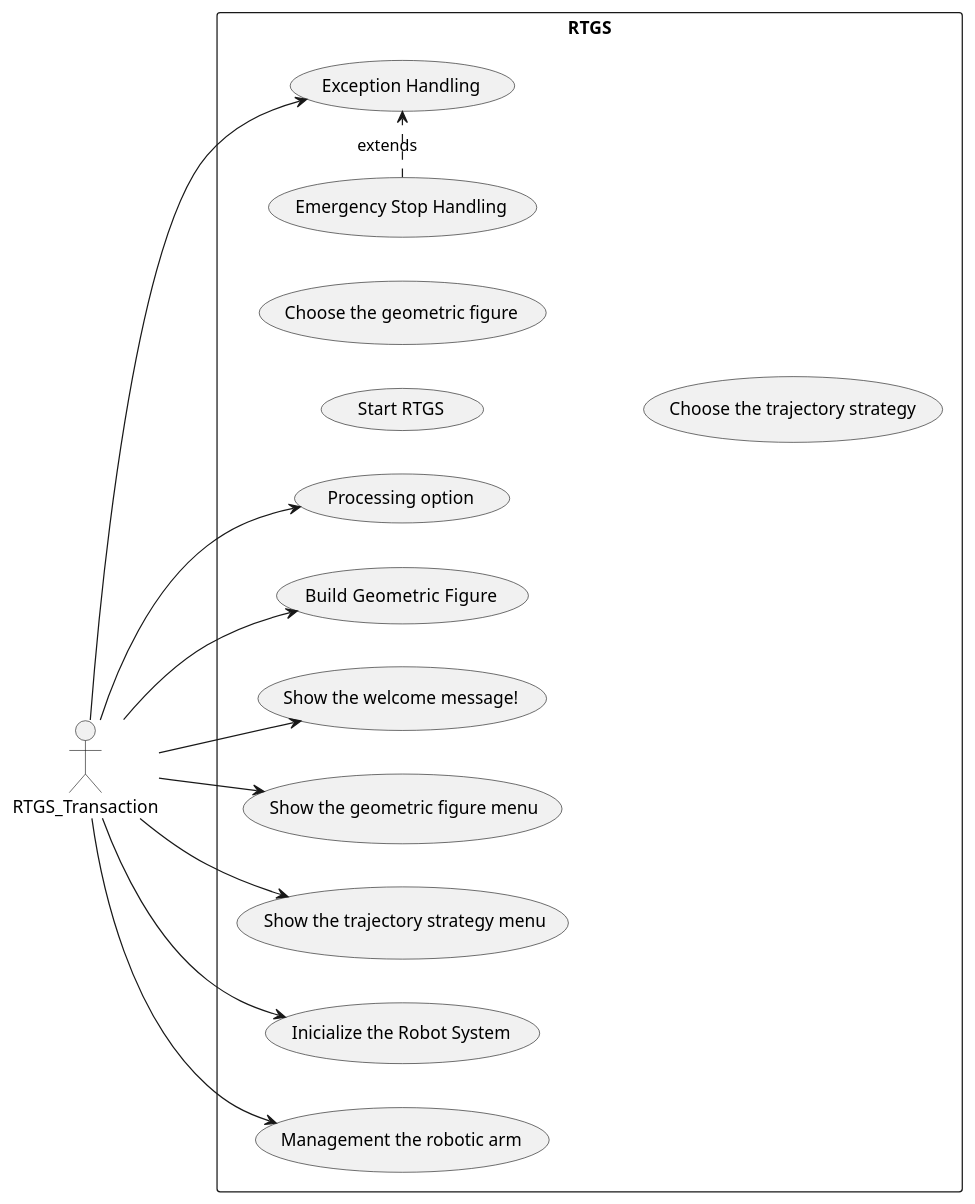
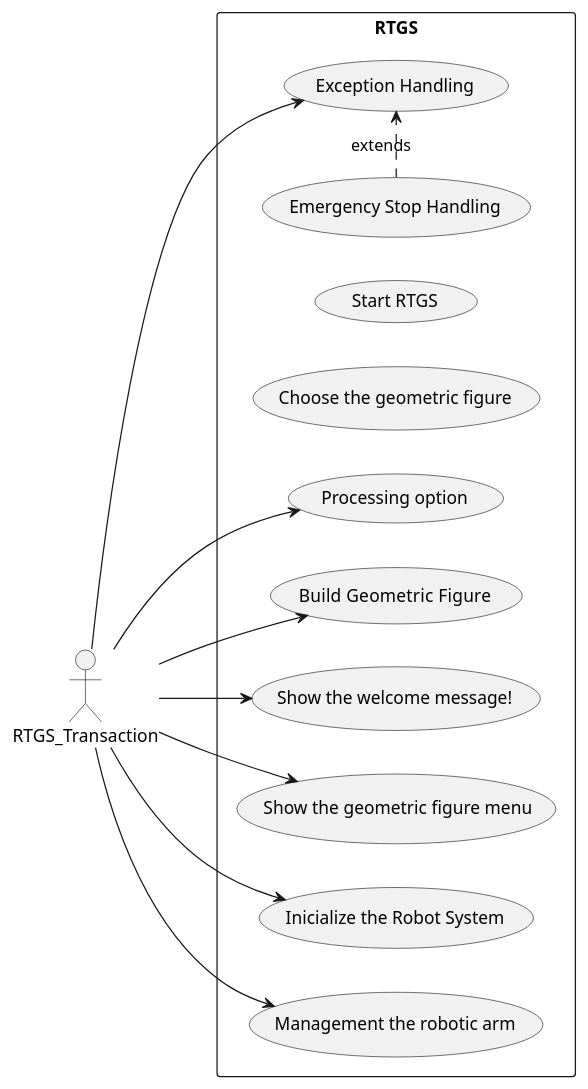
Before and after one commit to MarcioFreitasUFSC21/RTGS-Master-Course-System: the diagram in usecaseSystem.plantuml, drawn with PlantUML. The commit also changed 3 other files, not shown here.

Commit message:
deleting the use cases show the trajectory strategy and choose trajectory strategy in Use  Case Diagrams

```diff
--- a/usecaseSystem.plantuml
+++ b/usecaseSystem.plantuml
@@ -1,27 +1,24 @@
 @startuml
 left to right direction
 actor "RTGS_Transaction" as RTGS_Transaction
 rectangle RTGS {
 usecase " Start RTGS" as UC1
 usecase " Choose the geometric figure" as UC2
-usecase " Choose the trajectory strategy" as UC3
 usecase " Emergency Stop Handling" as UC4
 usecase " Exception Handling" as UC5
 usecase " Processing option" as UC6
 usecase " Build  Geometric Figure" as UC7
 usecase " Show the welcome message!" as UC8
 usecase " Show the geometric figure menu" as UC9
-usecase " Show the trajectory strategy menu" as UC10
 usecase " Inicialize the Robot System" as UC11
 usecase " Management the robotic arm" as UC12
 }
 RTGS_Transaction --> UC5
 RTGS_Transaction --> UC6
 RTGS_Transaction --> UC7
 RTGS_Transaction --> UC8
 RTGS_Transaction --> UC9
-RTGS_Transaction --> UC10
 RTGS_Transaction --> UC11
 RTGS_Transaction --> UC12
 (UC4) .> (UC5): extends 
 @enduml
```
